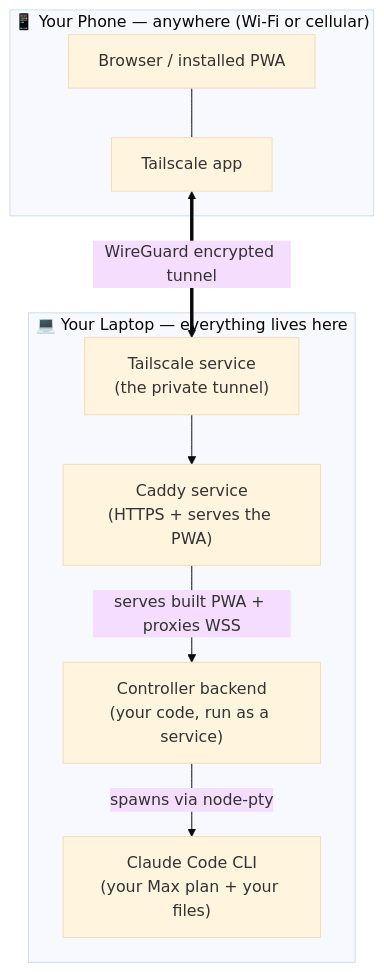
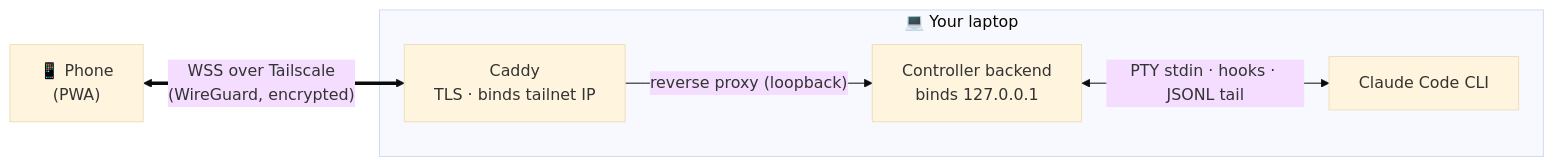
The diagram in README.md (jagnani73/claude-controller), drawn with Mermaid (base theme) before and after one commit. The commit also changed other lines of this file and 10 other files, not shown here.

````diff
--- a/README.md
+++ b/README.md
@@ -229,21 +109,12 @@
 ```mermaid
-graph TB
-    subgraph Phone["📱 Your Phone — anywhere (Wi-Fi or cellular)"]
-        Browser["Browser / installed PWA"]
-        TSphone["Tailscale app"]
-        Browser --- TSphone
+graph LR
+    Phone["📱 Phone<br/>(PWA)"]
+    subgraph Laptop["💻 Your laptop"]
+        Caddy["Caddy<br/>TLS · binds tailnet IP"]
+        Backend["Controller backend<br/>binds 127.0.0.1"]
+        CLI["Claude Code CLI"]
+        Caddy -->|"reverse proxy (loopback)"| Backend
+        Backend <-->|"PTY stdin · hooks · JSONL tail"| CLI
     end
-
-    subgraph Laptop["💻 Your Laptop — everything lives here"]
-        TSlaptop["Tailscale service<br>(the private tunnel)"]
-        Caddy["Caddy service<br>(HTTPS + serves the PWA)"]
-        Backend["Controller backend<br>(your code, run as a service)"]
-        CLI["Claude Code CLI<br>(your Max plan + your files)"]
-
-        TSlaptop --> Caddy
-        Caddy -->|"serves built PWA + proxies WSS"| Backend
-        Backend -->|"spawns via node-pty"| CLI
-    end
-
-    TSphone <==>|"WireGuard encrypted tunnel"| TSlaptop
+    Phone <==>|"WSS over Tailscale<br/>(WireGuard, encrypted)"| Caddy
 ```
````
